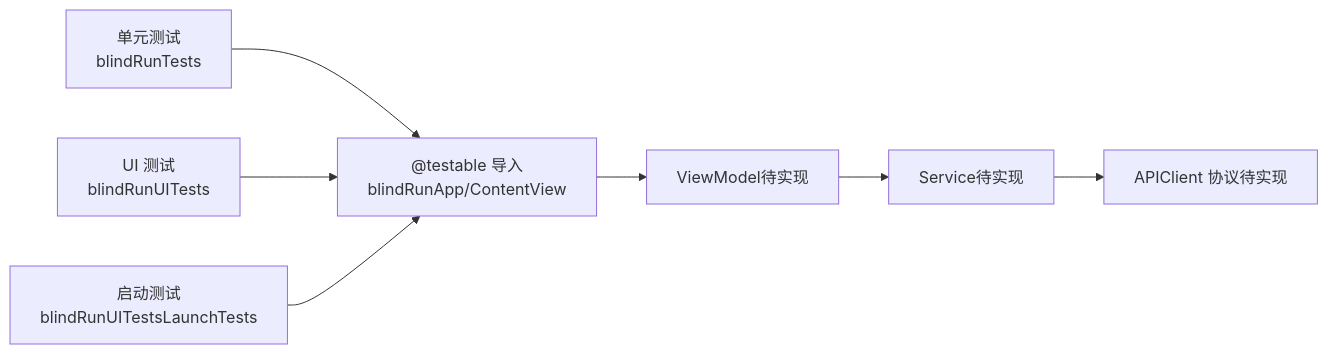
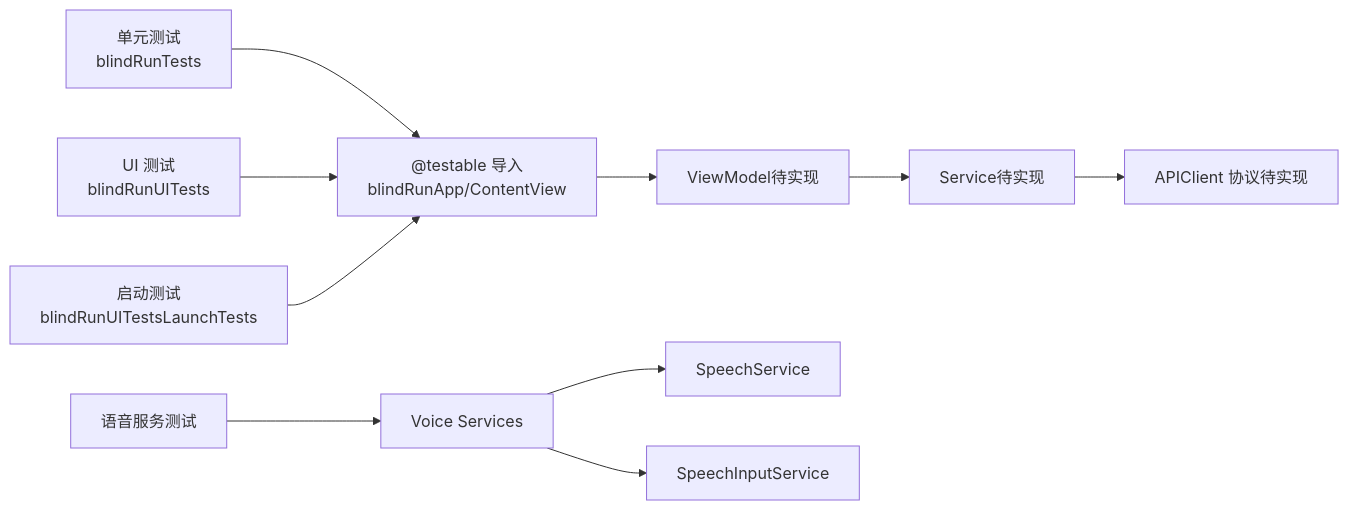
One commit to Jayden23018/blind-run-ios changed the third of 3 diagrams in .qoder/repowiki/zh/content/测试策略/单元测试.md. Above: the diagram before and after it, drawn with Mermaid. The commit also changed other lines of this file and 5 other files, not shown here.

````diff
--- a/.qoder/repowiki/zh/content/测试策略/单元测试.md
+++ b/.qoder/repowiki/zh/content/测试策略/单元测试.md
@@ -300,9 +356,12 @@
 ```mermaid
 graph LR
 UT["单元测试<br/>blindRunTests"] --> App["@testable 导入<br/>blindRunApp/ContentView"]
 UIT["UI 测试<br/>blindRunUITests"] --> App
 UILT["启动测试<br/>blindRunUITestsLaunchTests"] --> App
 App --> VM["ViewModel待实现"]
 VM --> S["Service待实现"]
 S --> API["APIClient 协议待实现"]
+VoiceTests["语音服务测试"] --> Voice["Voice Services"]
+Voice --> SpeechService["SpeechService"]
+Voice --> SpeechInputService["SpeechInputService"]
 ```
````
